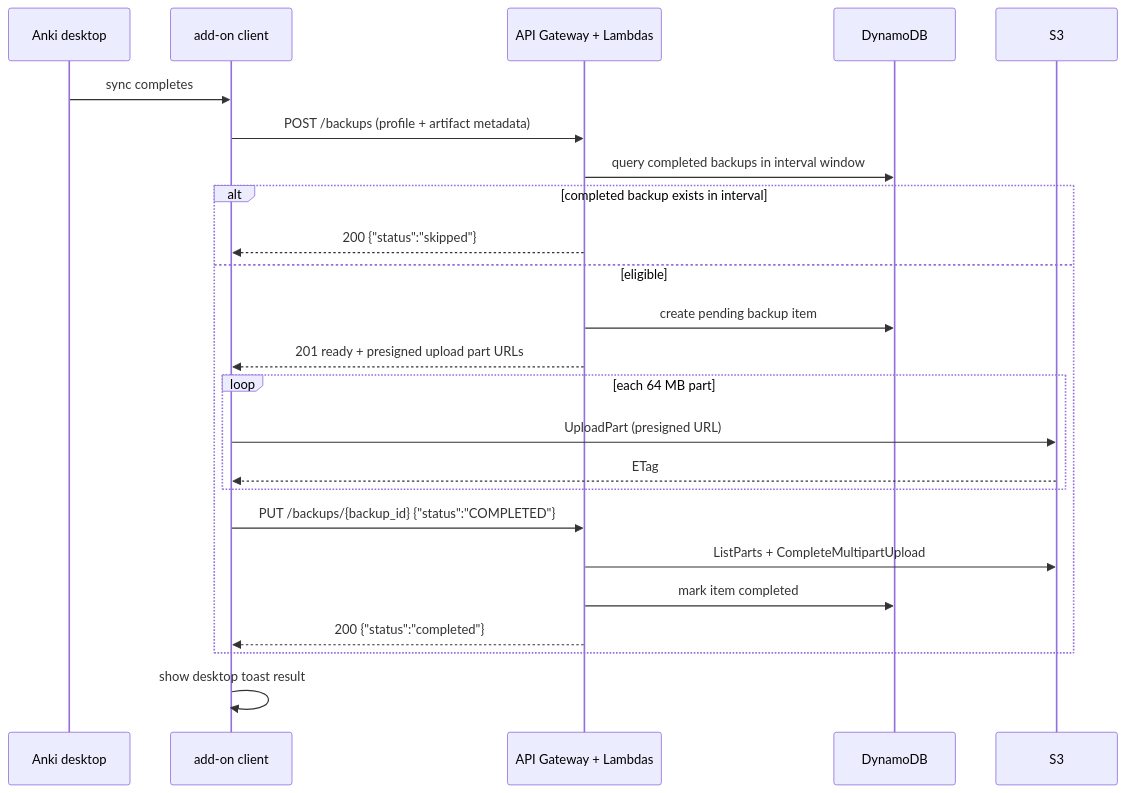
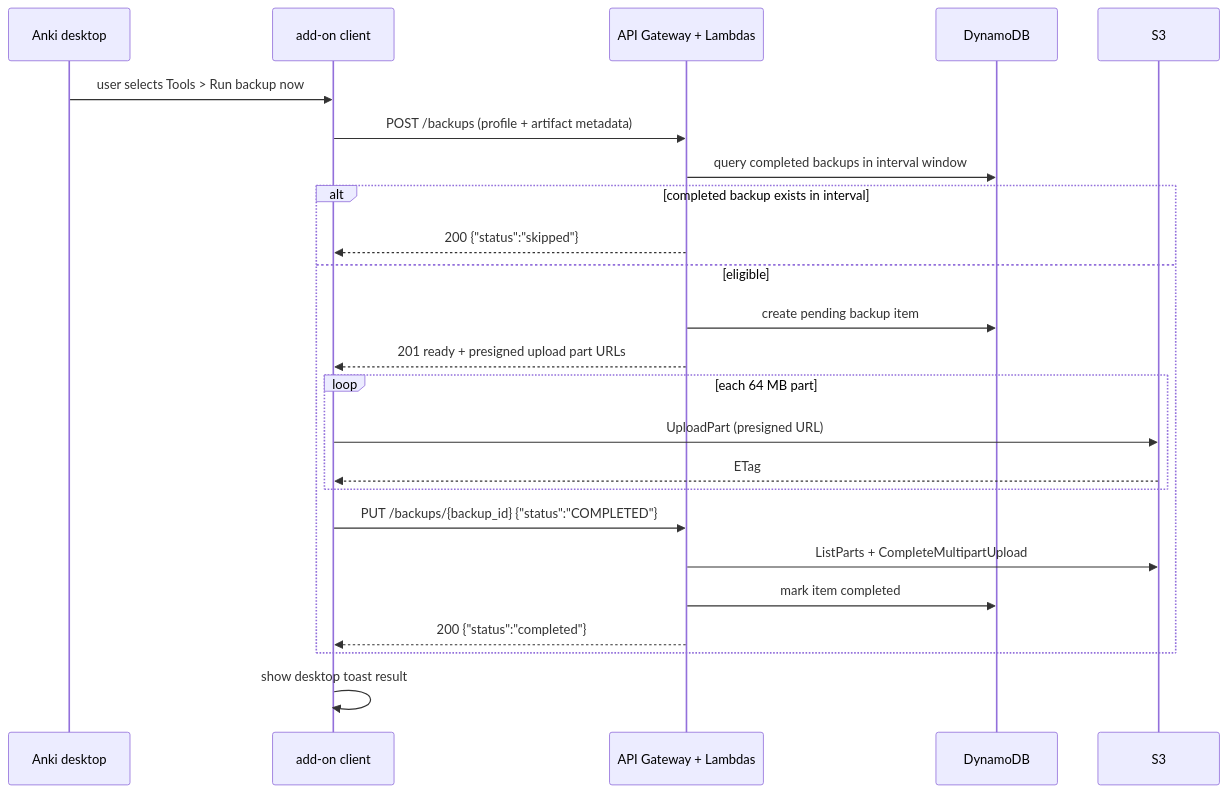
Before and after one commit to jordansimsmith/jordansimsmith-com: the second of 2 diagrams in anki_backup_api/README.md, drawn with Mermaid. The commit also changed other lines of this file and 1 other file, not shown here.

````diff
--- a/anki_backup_api/README.md
+++ b/anki_backup_api/README.md
@@ -64,27 +64,27 @@
 ```mermaid
 sequenceDiagram
   participant A as Anki desktop
   participant C as add-on client
   participant G as API Gateway + Lambdas
   participant D as DynamoDB
   participant S as S3
 
-  A->>C: sync completes
+  A->>C: user selects Tools > Run backup now
   C->>G: POST /backups (profile + artifact metadata)
   G->>D: query completed backups in interval window
   alt completed backup exists in interval
     G-->>C: 200 {"status":"skipped"}
   else eligible
     G->>D: create pending backup item
     G-->>C: 201 ready + presigned upload part URLs
     loop each 64 MB part
       C->>S: UploadPart (presigned URL)
       S-->>C: ETag
     end
     C->>G: PUT /backups/{backup_id} {"status":"COMPLETED"}
     G->>S: ListParts + CompleteMultipartUpload
     G->>D: mark item completed
     G-->>C: 200 {"status":"completed"}
   end
   C->>C: show desktop toast result
 ```
````
